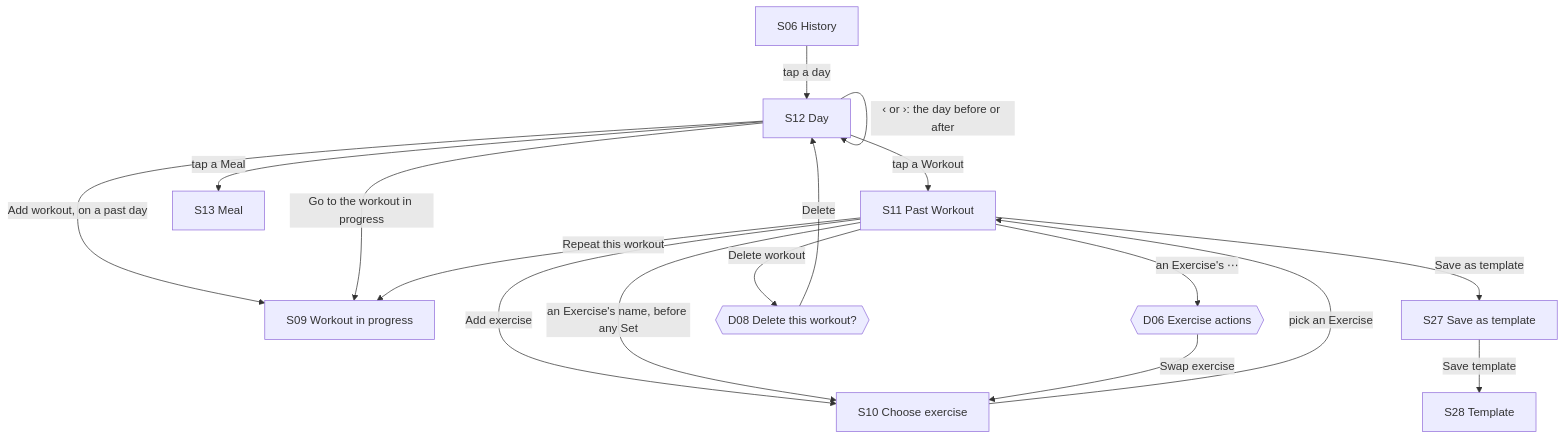
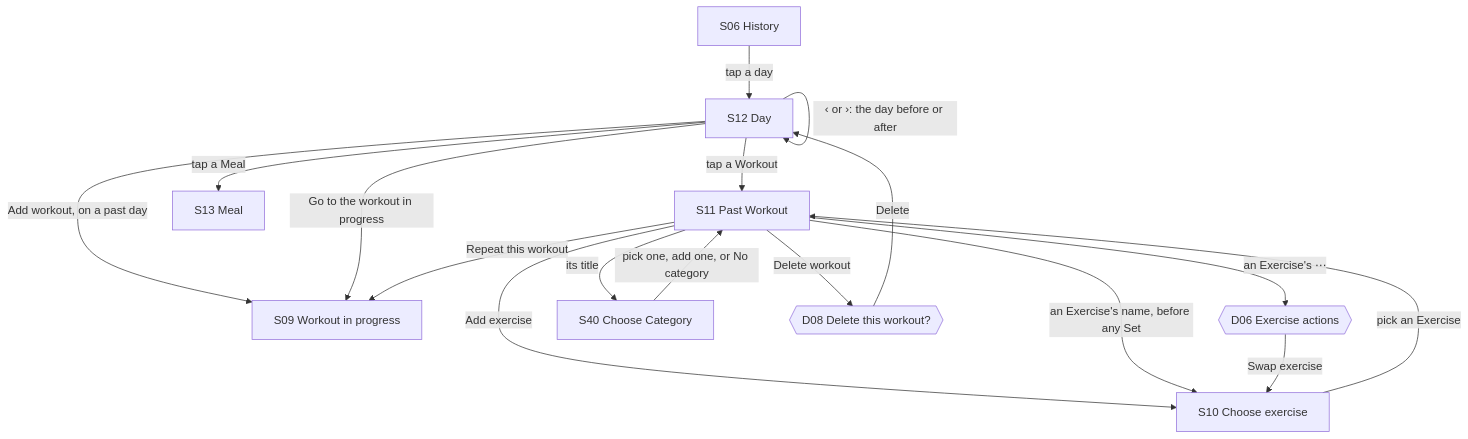
One commit to kwanlokto/greater-than-zero changed the fourth of 9 diagrams in docs/user-flows.md. Above: the diagram before and after it, drawn with Mermaid. The commit also changed other lines of this file and 65 other files, not shown here.

````diff
--- a/docs/user-flows.md
+++ b/docs/user-flows.md
@@ -147,19 +145,19 @@
 ```mermaid
 flowchart TD
   S06["S06 History"] -->|tap a day| S12["S12 Day"]
   S12 -->|‹ or ›: the day before or after| S12
   S12 -->|tap a Workout| S11["S11 Past Workout"]
   S12 -->|tap a Meal| S13["S13 Meal"]
   S12 -->|Add workout, on a past day| S09["S09 Workout in progress"]
   S12 -->|Go to the workout in progress| S09
   S11 -->|Add exercise| S10["S10 Choose exercise"]
   S11 -->|an Exercise's name, before any Set| S10
   S11 -->|an Exercise's ⋯| D06{{"D06 Exercise actions"}}
   D06 -->|Swap exercise| S10
   S10 -->|pick an Exercise| S11
   S11 -->|Repeat this workout| S09
-  S11 -->|Save as template| S27["S27 Save as template"]
-  S27 -->|Save template| S28["S28 Template"]
+  S11 -->|its title| S40["S40 Choose Category"]
+  S40 -->|pick one, add one, or No category| S11
   S11 -->|Delete workout| D08{{"D08 Delete this workout?"}}
   D08 -->|Delete| S12
 ```
````
